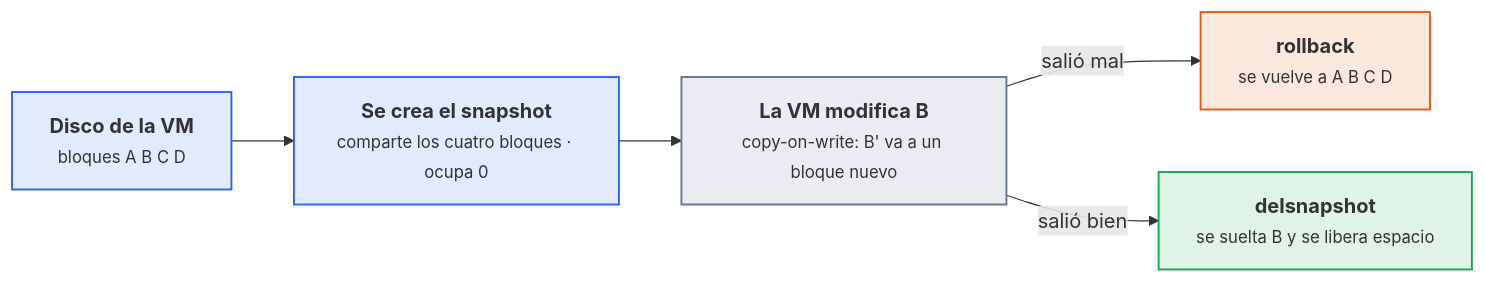
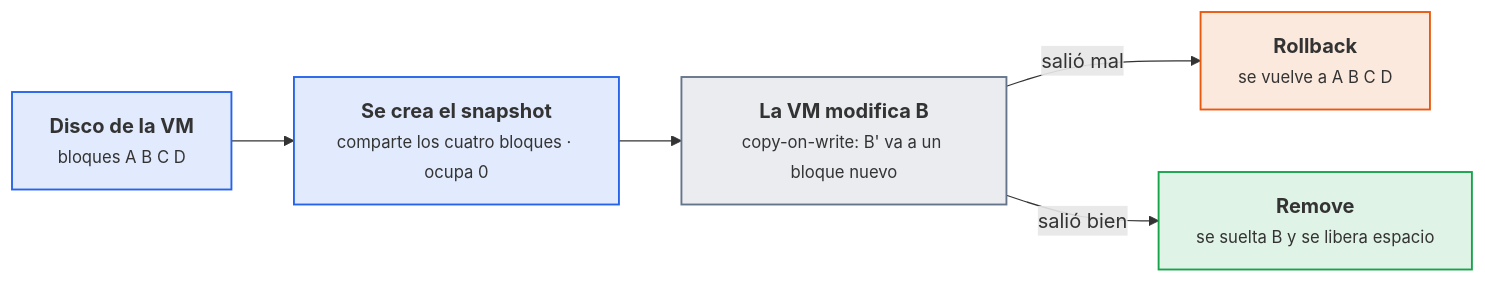
One commit to victor-educ/apuntes-5166 changed diagram 12 of 13 in docs/ut/ut1-virtualizacion.md. Above: the diagram before and after it, drawn with Mermaid. The commit also changed other lines of this file and 12 other files, not shown here.

````diff
--- a/docs/ut/ut1-virtualizacion.md
+++ b/docs/ut/ut1-virtualizacion.md
@@ -875,17 +869,17 @@
 ```mermaid
 flowchart LR
     A["<b>Disco de la VM</b><br><small>bloques A B C D</small>"]:::dato
     S["<b>Se crea el snapshot</b><br><small>comparte los cuatro bloques · ocupa 0</small>"]:::dato
     W["<b>La VM modifica B</b><br><small>copy-on-write: B' va a un bloque nuevo</small>"]:::pieza
-    RB["<b>rollback</b><br><small>se vuelve a A B C D</small>"]:::act
-    DEL["<b>delsnapshot</b><br><small>se suelta B y se libera espacio</small>"]:::ok
+    RB["<b>Rollback</b><br><small>se vuelve a A B C D</small>"]:::act
+    DEL["<b>Remove</b><br><small>se suelta B y se libera espacio</small>"]:::ok
     A --> S --> W
     W -- "salió mal" --> RB
     W -- "salió bien" --> DEL
     classDef act fill:#ea580c22,stroke:#ea580c,stroke-width:1.5px
     classDef pieza fill:#64748b22,stroke:#64748b,stroke-width:1.5px
     classDef dato fill:#2563eb22,stroke:#2563eb,stroke-width:1.5px
     classDef infra fill:#a1a1aa14,stroke:#a1a1aa,stroke-width:1.5px
     classDef ok fill:#16a34a22,stroke:#16a34a,stroke-width:1.5px
     classDef riesgo fill:#dc262622,stroke:#dc2626,stroke-width:1.5px
 ```
````
